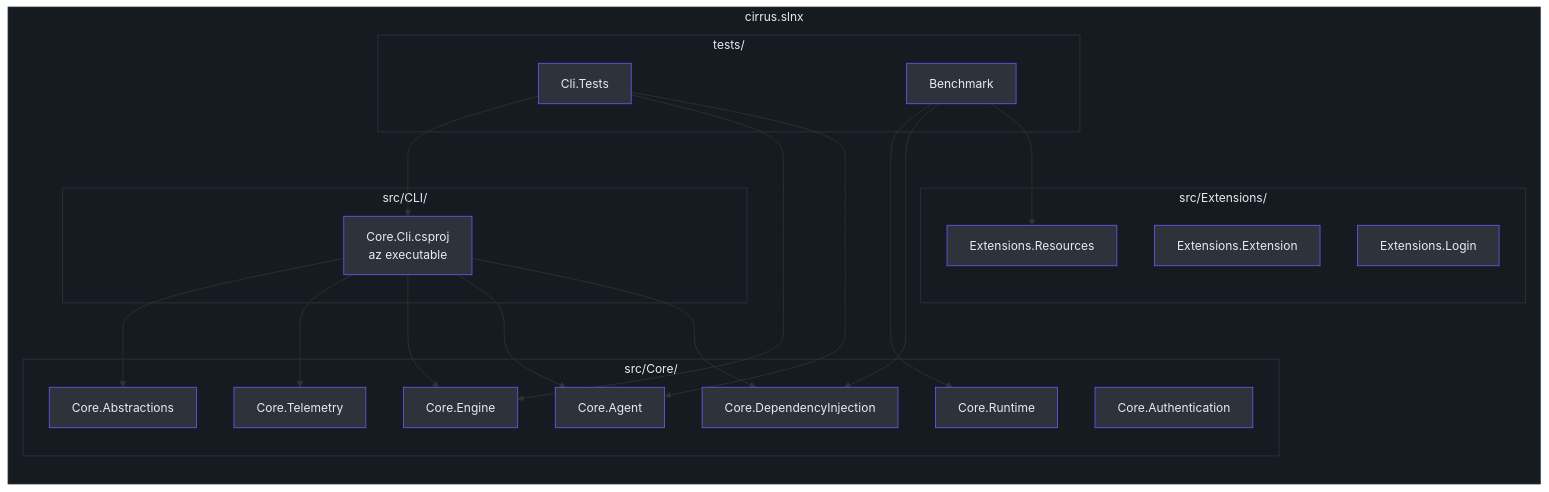
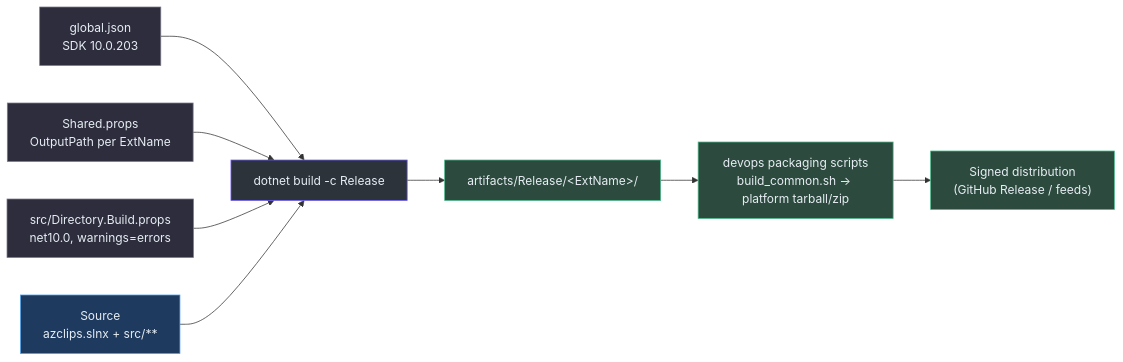
Before and after one commit to Azure/azclips: the first of 2 diagrams in wiki/02-deep-dive/build-cicd.md, drawn with Mermaid. The commit also changed other lines of this file and 19 other files, not shown here.

````diff
--- a/wiki/02-deep-dive/build-cicd.md
+++ b/wiki/02-deep-dive/build-cicd.md
@@ -14,63 +50,23 @@
 ```mermaid
-flowchart TB
-    subgraph Solution["cirrus.slnx"]
-        direction TB
-        subgraph CLI["src/CLI/"]
-            CoreCli["Core.Cli.csproj<br>az executable"]
-        end
-
-        subgraph Core["src/Core/"]
-            Abs["Core.Abstractions"]
-            Auth["Core.Authentication"]
-            Agent["Core.Agent"]
-            Engine["Core.Engine"]
-            Telem["Core.Telemetry"]
-            Runtime["Core.Runtime"]
-            DI["Core.DependencyInjection"]
-        end
-
-        subgraph Extensions["src/Extensions/"]
-            Ext["Extensions.Extension"]
-            Res["Extensions.Resources"]
-            Login["Extensions.Login"]
-        end
-
-        subgraph TestsFolder["tests/"]
-            CliTests["Cli.Tests"]
-            Bench["Benchmark"]
-        end
-    end
-
-    CoreCli --> Abs
-    CoreCli --> Telem
-    CoreCli --> Engine
-    CoreCli --> Agent
-    CoreCli --> DI
-
-    CliTests --> CoreCli
-    CliTests --> Engine
-    CliTests --> Agent
-
-    Bench --> Runtime
-    Bench --> DI
-    Bench --> Res
-
-    style Solution fill:#161b22,stroke:#30363d,color:#e6edf3
-    style CLI fill:#161b22,stroke:#30363d,color:#e6edf3
-    style Core fill:#161b22,stroke:#30363d,color:#e6edf3
-    style Extensions fill:#161b22,stroke:#30363d,color:#e6edf3
-    style TestsFolder fill:#161b22,stroke:#30363d,color:#e6edf3
-    style CoreCli fill:#2d333b,stroke:#6d5dfc,color:#e6edf3
-    style Abs fill:#2d333b,stroke:#6d5dfc,color:#e6edf3
-    style Auth fill:#2d333b,stroke:#6d5dfc,color:#e6edf3
-    style Agent fill:#2d333b,stroke:#6d5dfc,color:#e6edf3
-    style Engine fill:#2d333b,stroke:#6d5dfc,color:#e6edf3
-    style Telem fill:#2d333b,stroke:#6d5dfc,color:#e6edf3
-    style Runtime fill:#2d333b,stroke:#6d5dfc,color:#e6edf3
-    style DI fill:#2d333b,stroke:#6d5dfc,color:#e6edf3
-    style Ext fill:#2d333b,stroke:#6d5dfc,color:#e6edf3
-    style Res fill:#2d333b,stroke:#6d5dfc,color:#e6edf3
-    style Login fill:#2d333b,stroke:#6d5dfc,color:#e6edf3
-    style CliTests fill:#2d333b,stroke:#6d5dfc,color:#e6edf3
-    style Bench fill:#2d333b,stroke:#6d5dfc,color:#e6edf3
+flowchart LR
+    SRC["Source<br>azclips.slnx + src/**"]
+    GJ["global.json<br>SDK 10.0.203"]
+    SP["Shared.props<br>OutputPath per ExtName"]
+    DBP["src/Directory.Build.props<br>net10.0, warnings=errors"]
+    BUILD["dotnet build -c Release"]
+    ART["artifacts/Release/&lt;ExtName&gt;/"]
+    PKG["devops packaging scripts<br>build_common.sh → platform tarball/zip"]
+    DIST["Signed distribution<br>(GitHub Release / feeds)"]
+    GJ --> BUILD
+    SP --> BUILD
+    DBP --> BUILD
+    SRC --> BUILD --> ART --> PKG --> DIST
+    style SRC fill:#1e3a5f,stroke:#4a9eed,color:#e6edf3
+    style GJ fill:#2d2d3d,stroke:#7a7a8a,color:#e6edf3
+    style SP fill:#2d2d3d,stroke:#7a7a8a,color:#e6edf3
+    style DBP fill:#2d2d3d,stroke:#7a7a8a,color:#e6edf3
+    style BUILD fill:#2d333b,stroke:#6d5dfc,color:#e6edf3
+    style ART fill:#2d4a3e,stroke:#4aba8a,color:#e6edf3
+    style PKG fill:#2d4a3e,stroke:#4aba8a,color:#e6edf3
+    style DIST fill:#2d4a3e,stroke:#4aba8a,color:#e6edf3
 ```
````
